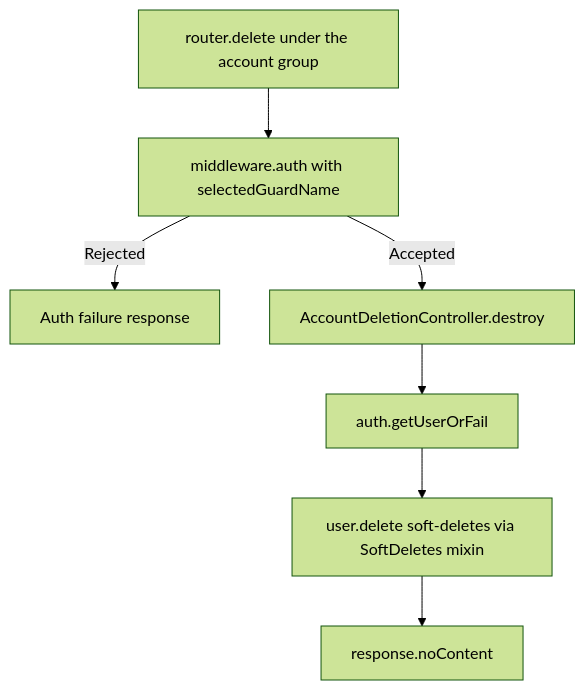
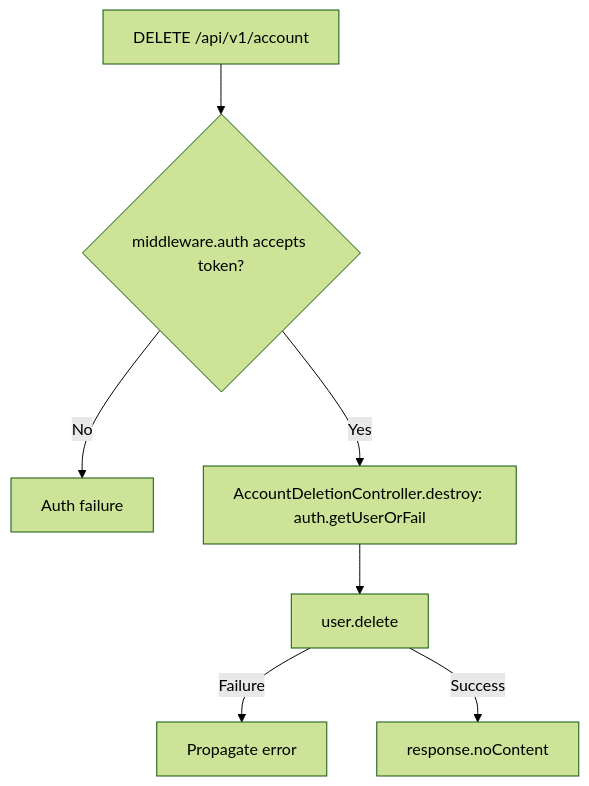
One commit to Kevinjohn/oss-adonisjs-lucid-soft-delete changed the second of 2 diagrams in user-stories/example-apps/us-demo-01-api-account-deletion.md. Above: the diagram before and after it, drawn with Mermaid (forest theme). The commit also changed other lines of this file and 26 other files, not shown here.

````diff
--- a/user-stories/example-apps/us-demo-01-api-account-deletion.md
+++ b/user-stories/example-apps/us-demo-01-api-account-deletion.md
@@ -34,9 +34,8 @@
 ```mermaid
 flowchart TD
-    A["router.delete under the account group"] --> B["middleware.auth with selectedGuardName"]
-    B -->|Rejected| C["Auth failure response"]
-    B -->|Accepted| D["AccountDeletionController.destroy"]
-    D --> E["auth.getUserOrFail"]
-    E --> F["user.delete soft-deletes via SoftDeletes mixin"]
-    F --> G["response.noContent"]
+    A["DELETE /api/v1/account"] --> B{"middleware.auth accepts token?"}
+    B -->|No| C["Auth failure"]
+    B -->|Yes| D["AccountDeletionController.destroy: auth.getUserOrFail"] --> E["user.delete"]
+    E -->|Failure| F["Propagate error"]
+    E -->|Success| G["response.noContent"]
 ```
````
